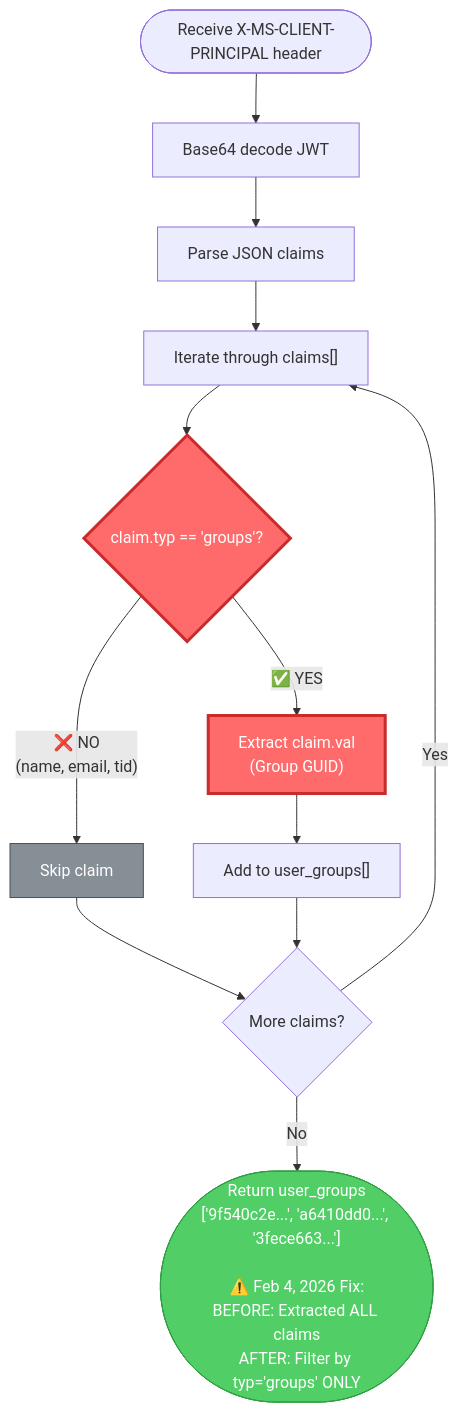
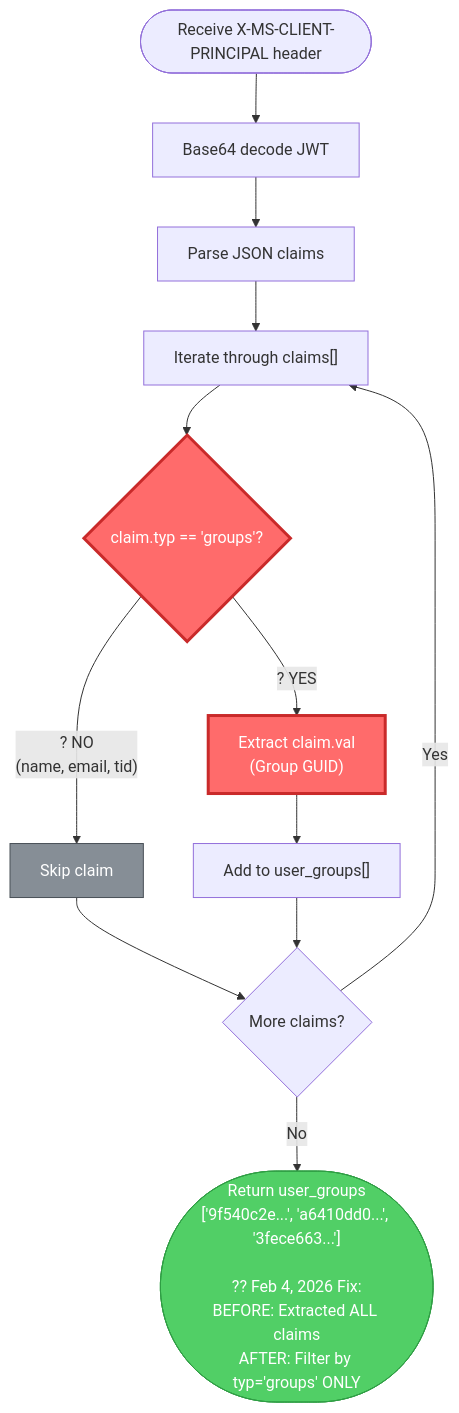
One commit to eva-foundry/28-rbac changed the third of 12 diagrams in README.md. Above: the diagram before and after it, drawn with Mermaid. The commit also changed other lines of this file and 18 other files, not shown here.

````diff
--- a/README.md
+++ b/README.md
@@ -216,26 +237,26 @@
 ```mermaid
 flowchart TD
     Start(["Receive X-MS-CLIENT-PRINCIPAL header"]) --> Decode["Base64 decode JWT"]
     Decode --> Parse["Parse JSON claims"]
     Parse --> IterClaims["Iterate through claims[]"]
     
     IterClaims --> CheckType{"claim.typ == 'groups'?"}
     
-    CheckType -->|"❌ NO<br/>(name, email, tid)"| Skip["Skip claim"]
-    CheckType -->|"✅ YES"| ExtractGUID["Extract claim.val<br/>(Group GUID)"]
+    CheckType -->|"? NO<br/>(name, email, tid)"| Skip["Skip claim"]
+    CheckType -->|"? YES"| ExtractGUID["Extract claim.val<br/>(Group GUID)"]
     
     Skip --> MoreClaims{"More claims?"}
     ExtractGUID --> AddToList["Add to user_groups[]"]
     AddToList --> MoreClaims
     
     MoreClaims -->|Yes| IterClaims
-    MoreClaims -->|No| Result(["Return user_groups<br/>['9f540c2e...', 'a6410dd0...', '3fece663...']<br/><br/>⚠️ Feb 4, 2026 Fix:<br/>BEFORE: Extracted ALL claims<br/>AFTER: Filter by typ='groups' ONLY"])
+    MoreClaims -->|No| Result(["Return user_groups<br/>['9f540c2e...', 'a6410dd0...', '3fece663...']<br/><br/>?? Feb 4, 2026 Fix:<br/>BEFORE: Extracted ALL claims<br/>AFTER: Filter by typ='groups' ONLY"])
     
     classDef critical fill:#ff6b6b,stroke:#c92a2a,color:#fff,stroke-width:3px
     classDef success fill:#51cf66,stroke:#2f9e44,color:#fff
     classDef skip fill:#868e96,stroke:#495057,color:#fff
     
     class CheckType,ExtractGUID critical
     class Result success
     class Skip skip
 ```
````
